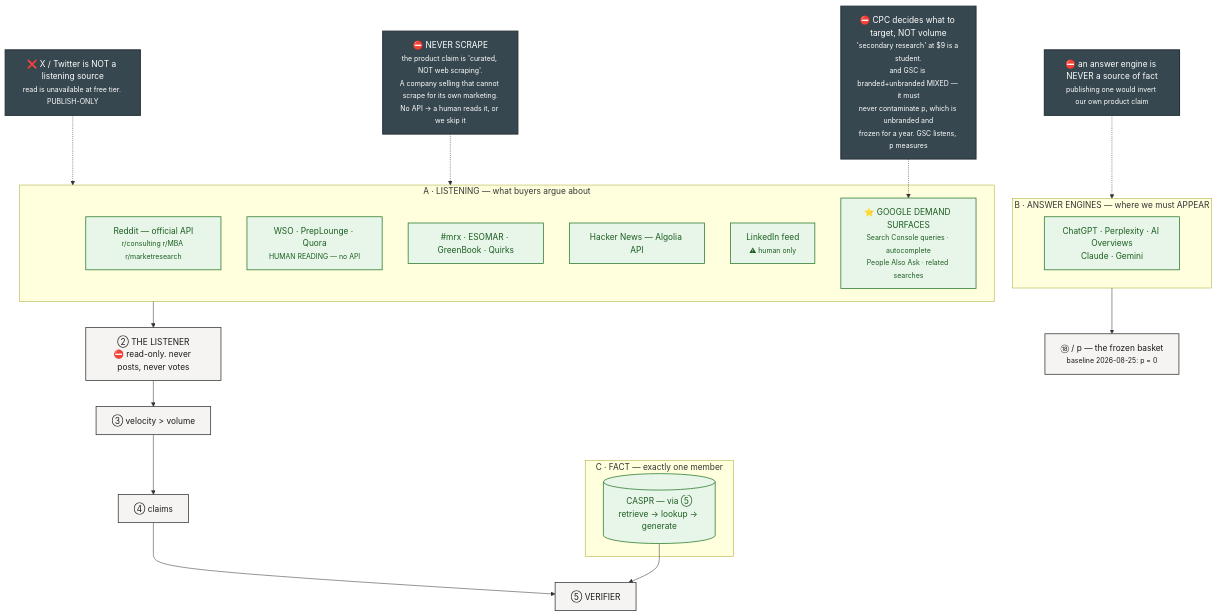
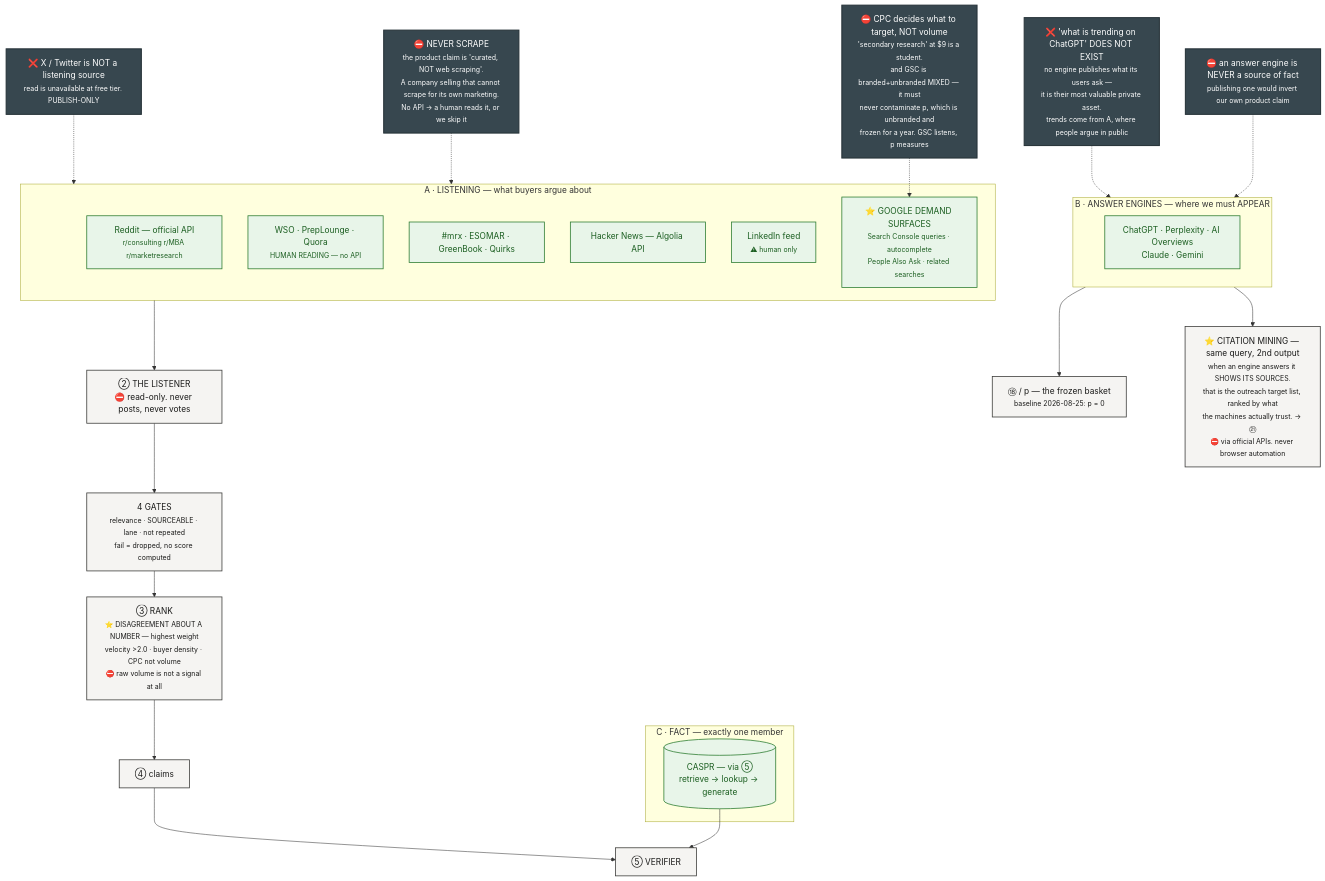
One commit to rathishreya/Caspr changed diagram 16 of 21 in docs/gtm/content-engine-flowchart.md. Above: the diagram before and after it, drawn with Mermaid. The commit also changed other lines of this file and 4 other files, not shown here.

First line of the commit message:
Trend scoring, citation mining, no expiry, 30 engagement acts, platform matrix

````diff
--- a/docs/gtm/content-engine-flowchart.md
+++ b/docs/gtm/content-engine-flowchart.md
@@ -842,43 +842,49 @@
 ```mermaid
 flowchart TD
     subgraph A["A · LISTENING — what buyers argue about"]
         R1["Reddit — official API<br/><small>r/consulting r/MBA r/marketresearch</small>"]
         R2["WSO · PrepLounge · Quora<br/><small>HUMAN READING — no API</small>"]
         R3["#mrx · ESOMAR · GreenBook · Quirks"]
         R4["Hacker News — Algolia API"]
         R5["LinkedIn feed<br/><small>⚠ human only</small>"]
         R6["⭐ GOOGLE DEMAND SURFACES<br/><small>Search Console queries · autocomplete<br/>People Also Ask · related searches</small>"]
     end
 
     subgraph B["B · ANSWER ENGINES — where we must APPEAR"]
         P1["ChatGPT · Perplexity · AI Overviews<br/>Claude · Gemini"]
     end
 
     subgraph C["C · FACT — exactly one member"]
         C1[("CASPR — via ⑤<br/>retrieve → lookup → generate")]
     end
 
     A --> L["② THE LISTENER<br/>⛔ read-only. never posts, never votes"]
-    L --> T["③ velocity > volume"] --> CL["④ claims"] --> V["⑤ VERIFIER"]
+    L --> G["4 GATES<br/><small>relevance · SOURCEABLE · lane · not repeated<br/>fail = dropped, no score computed</small>"]
+    G --> T["③ RANK<br/><small>⭐ DISAGREEMENT ABOUT A NUMBER — highest weight<br/>velocity >2.0 · buyer density · CPC not volume<br/>⛔ raw volume is not a signal at all</small>"]
+    T --> CL["④ claims"] --> V["⑤ VERIFIER"]
     C1 --> V
 
     B --> PM["⑱ / p — the frozen basket<br/><small>baseline 2026-08-25: p = 0</small>"]
+    B --> CITE["⭐ CITATION MINING — same query, 2nd output<br/><small>when an engine answers it SHOWS ITS SOURCES.<br/>that is the outreach target list, ranked by what<br/>the machines actually trust. → ㉑<br/>⛔ via official APIs. never browser automation</small>"]
+    NOTREND["❌ 'what is trending on ChatGPT' DOES NOT EXIST<br/><small>no engine publishes what its users ask —<br/>it is their most valuable private asset.<br/>trends come from A, where people argue in public</small>"]
+    NOTREND -.-> B
 
     XX["❌ X / Twitter is NOT a listening source<br/><small>read is unavailable at free tier. PUBLISH-ONLY</small>"]
     NOSCRAPE["⛔ NEVER SCRAPE<br/><small>the product claim is 'curated, NOT web scraping'.<br/>A company selling that cannot scrape for its own marketing.<br/>No API → a human reads it, or we skip it</small>"]
     BAD["⛔ an answer engine is NEVER a source of fact<br/><small>publishing one would invert our own product claim</small>"]
     CPC["⛔ CPC decides what to target, NOT volume<br/><small>'secondary research' at $9 is a student.<br/>and GSC is branded+unbranded MIXED — it must<br/>never contaminate p, which is unbranded and<br/>frozen for a year. GSC listens, p measures</small>"]
     CPC -.-> R6
 
     XX -.-> A
     NOSCRAPE -.-> A
     BAD -.-> B
 
     classDef src fill:#e8f5e9,stroke:#2e7d32,stroke-width:1.5px,color:#1b5e20
     classDef mach fill:#f5f4f2,stroke:#3c3c3a,stroke-width:1.5px,color:#1a1a19
     classDef stop fill:#37474f,stroke:#263238,stroke-width:2px,color:#ffffff
     classDef warn fill:#fff8e1,stroke:#f9a825,stroke-width:2px,color:#7f5f00
     class R1,R2,R3,R4,R5,R6,P1,C1 src
-    class L,T,CL,V,PM mach
-    class XX,NOSCRAPE,BAD,CPC stop
+    class G,T mach
+    class L,T,CL,V,PM,CITE mach
+    class XX,NOSCRAPE,BAD,CPC,NOTREND stop
 ```
````
